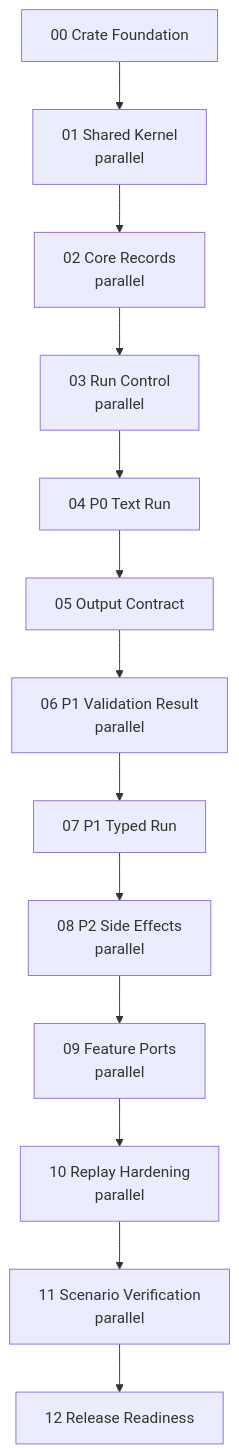
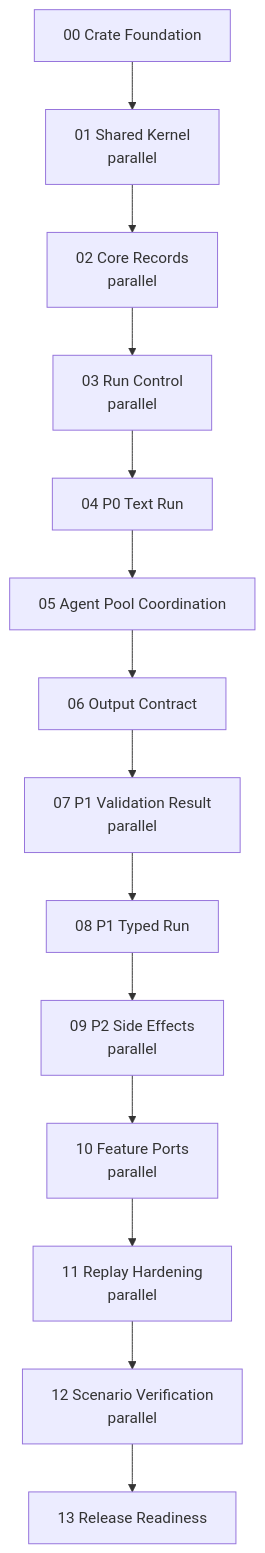
The diagram in docs/implementation-workstreams/README.md (heyclawdia/clawdia_sdk), drawn with Mermaid before and after one commit. The commit also changed other lines of this file and 458 other files, not shown here.

````diff
--- a/docs/implementation-workstreams/README.md
+++ b/docs/implementation-workstreams/README.md
@@ -51,15 +58,16 @@
 ```mermaid
 flowchart TD
   P00["00 Crate Foundation"] --> P01["01 Shared Kernel<br/>parallel"]
   P01 --> P02["02 Core Records<br/>parallel"]
   P02 --> P03["03 Run Control<br/>parallel"]
   P03 --> P04["04 P0 Text Run"]
-  P04 --> P05["05 Output Contract"]
-  P05 --> P06["06 P1 Validation Result<br/>parallel"]
-  P06 --> P07["07 P1 Typed Run"]
-  P07 --> P08["08 P2 Side Effects<br/>parallel"]
-  P08 --> P09["09 Feature Ports<br/>parallel"]
-  P09 --> P10["10 Replay Hardening<br/>parallel"]
-  P10 --> P11["11 Scenario Verification<br/>parallel"]
-  P11 --> P12["12 Release Readiness"]
+  P04 --> P05["05 Agent Pool Coordination"]
+  P05 --> P06["06 Output Contract"]
+  P06 --> P07["07 P1 Validation Result<br/>parallel"]
+  P07 --> P08["08 P1 Typed Run"]
+  P08 --> P09["09 P2 Side Effects<br/>parallel"]
+  P09 --> P10["10 Feature Ports<br/>parallel"]
+  P10 --> P11["11 Replay Hardening<br/>parallel"]
+  P11 --> P12["12 Scenario Verification<br/>parallel"]
+  P12 --> P13["13 Release Readiness"]
 ```
````
